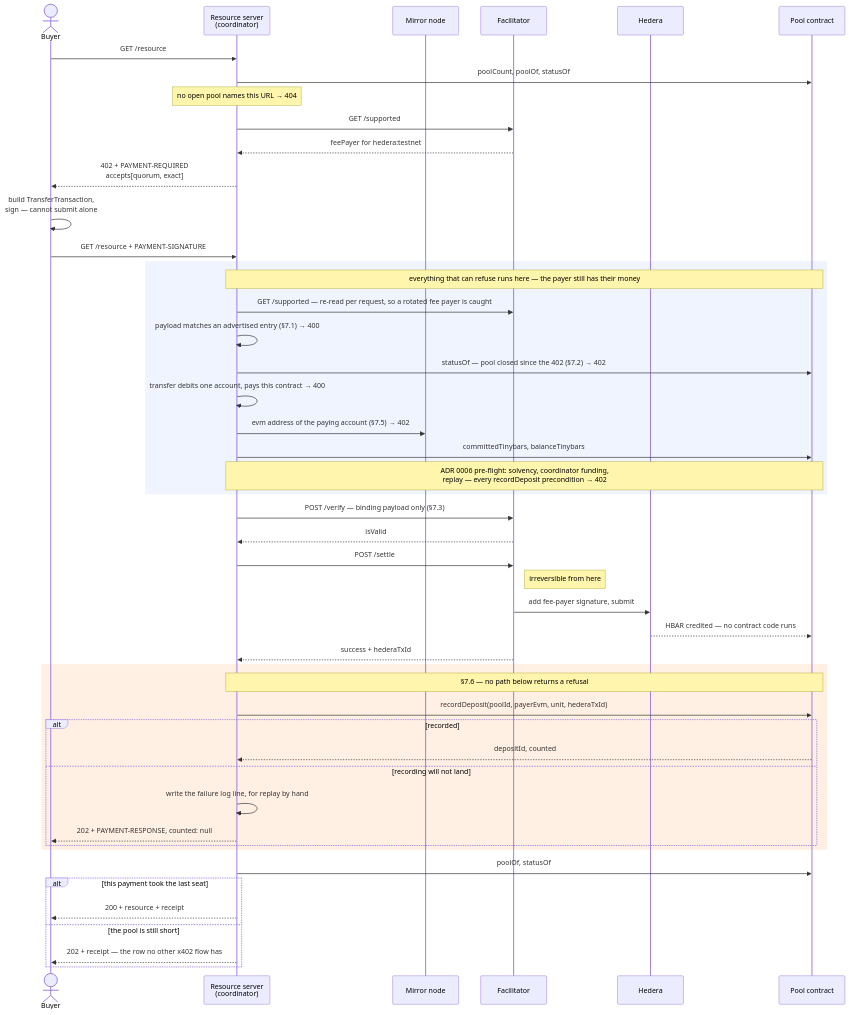
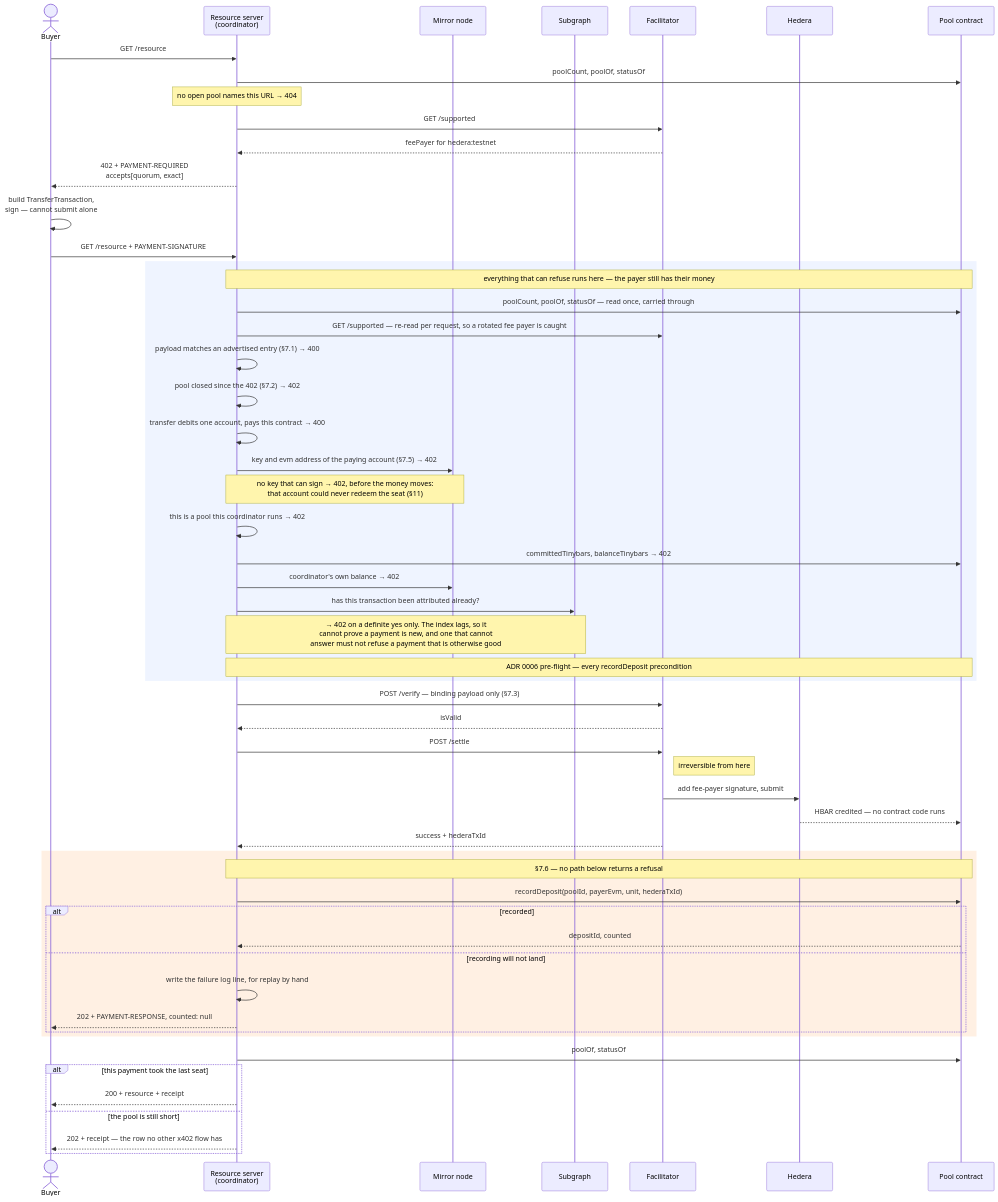
The first of 2 diagrams in specs/quorum-scheme.md (lxfoundry/quorum402), drawn with Mermaid before and after one commit. The commit also changed other lines of this file and 2 other files, not shown here.

````diff
--- a/specs/quorum-scheme.md
+++ b/specs/quorum-scheme.md
@@ -291,56 +295,63 @@
 ```mermaid
 sequenceDiagram
     actor B as Buyer
     participant RS as Resource server<br/>(coordinator)
     participant M as Mirror node
+    participant G as Subgraph
     participant F as Facilitator
     participant H as Hedera
     participant P as Pool contract
 
     B->>RS: GET /resource
     RS->>P: poolCount, poolOf, statusOf
     Note over RS: no open pool names this URL → 404
     RS->>F: GET /supported
     F-->>RS: feePayer for hedera:testnet
     RS-->>B: 402 + PAYMENT-REQUIRED<br/>accepts[quorum, exact]
 
     B->>B: build TransferTransaction,<br/>sign — cannot submit alone
     B->>RS: GET /resource + PAYMENT-SIGNATURE
 
     rect rgba(120, 160, 255, 0.12)
         Note over RS,P: everything that can refuse runs here — the payer still has their money
+        RS->>P: poolCount, poolOf, statusOf — read once, carried through
         RS->>F: GET /supported — re-read per request, so a rotated fee payer is caught
         RS->>RS: payload matches an advertised entry (§7.1) → 400
-        RS->>P: statusOf — pool closed since the 402 (§7.2) → 402
+        RS->>RS: pool closed since the 402 (§7.2) → 402
         RS->>RS: transfer debits one account, pays this contract → 400
-        RS->>M: evm address of the paying account (§7.5) → 402
-        RS->>P: committedTinybars, balanceTinybars
-        Note over RS,P: ADR 0006 pre-flight: solvency, coordinator funding,<br/>replay — every recordDeposit precondition → 402
+        RS->>M: key and evm address of the paying account (§7.5) → 402
+        Note over RS,M: no key that can sign → 402, before the money moves:<br/>that account could never redeem the seat (§11)
+        RS->>RS: this is a pool this coordinator runs → 402
+        RS->>P: committedTinybars, balanceTinybars → 402
+        RS->>M: coordinator's own balance → 402
+        RS->>G: has this transaction been attributed already?
+        Note over RS,G: → 402 on a definite yes only. The index lags, so it<br/>cannot prove a payment is new, and one that cannot<br/>answer must not refuse a payment that is otherwise good
+        Note over RS,P: ADR 0006 pre-flight — every recordDeposit precondition
     end
 
     RS->>F: POST /verify — binding payload only (§7.3)
     F-->>RS: isValid
     RS->>F: POST /settle
     Note right of F: irreversible from here
     F->>H: add fee-payer signature, submit
     H-->>P: HBAR credited — no contract code runs
     F-->>RS: success + hederaTxId
 
     rect rgba(255, 150, 60, 0.14)
         Note over RS,P: §7.6 — no path below returns a refusal
         RS->>P: recordDeposit(poolId, payerEvm, unit, hederaTxId)
         alt recorded
             P-->>RS: depositId, counted
         else recording will not land
             RS->>RS: write the failure log line, for replay by hand
             RS-->>B: 202 + PAYMENT-RESPONSE, counted: null
         end
     end
 
     RS->>P: poolOf, statusOf
     alt this payment took the last seat
         RS-->>B: 200 + resource + receipt
     else the pool is still short
         RS-->>B: 202 + receipt — the row no other x402 flow has
     end
 ```
````
